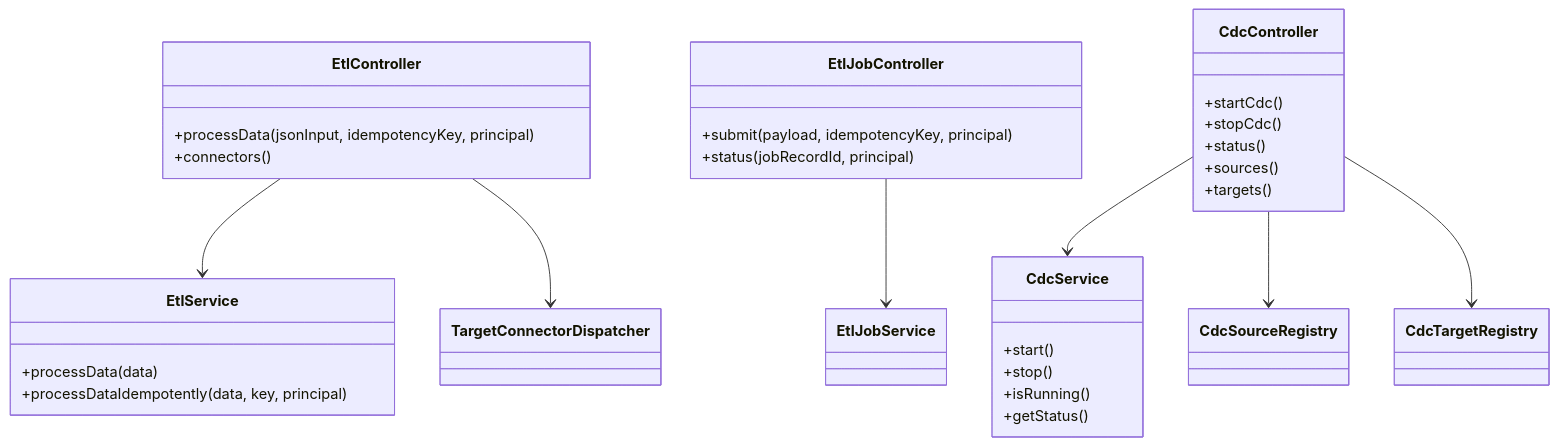
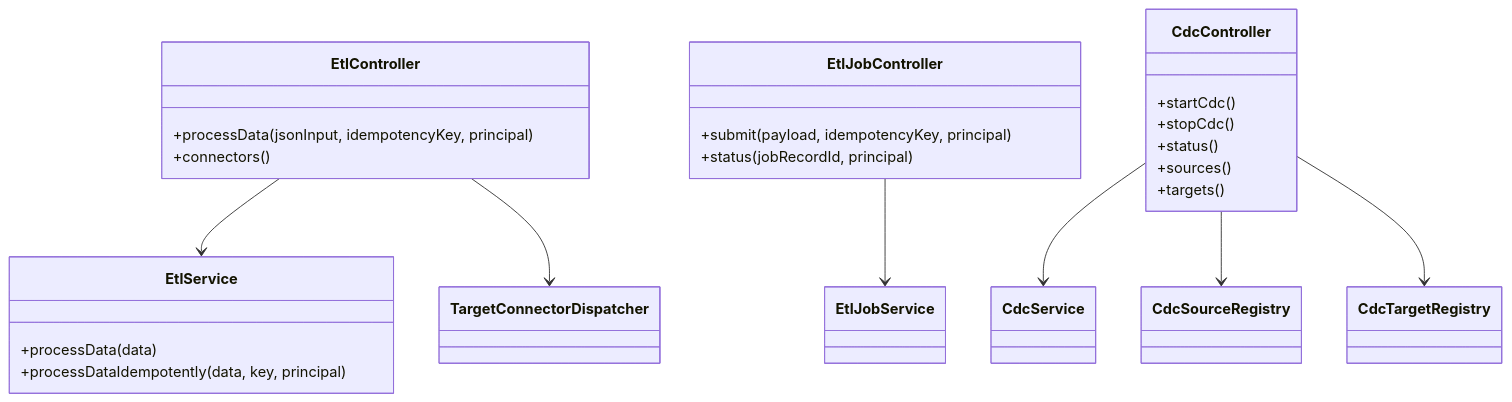
Before and after one commit to ContextualWisdomLab/mightyETL: the first of 16 diagrams in docs/UML.md, drawn with Mermaid. The commit also changed other lines of this file, not shown here.

Commit message:
docs: add identity recovery DLT and release UML

````diff
--- a/docs/UML.md
+++ b/docs/UML.md
@@ -11,39 +11,34 @@
 ```mermaid
 classDiagram
     class EtlController {
       +processData(jsonInput, idempotencyKey, principal)
       +connectors()
     }
     class EtlService {
       +processData(data)
       +processDataIdempotently(data, key, principal)
     }
     class EtlJobController {
       +submit(payload, idempotencyKey, principal)
       +status(jobRecordId, principal)
     }
     class EtlJobService
     class TargetConnectorDispatcher
     class CdcController {
       +startCdc()
       +stopCdc()
       +status()
       +sources()
       +targets()
     }
-    class CdcService {
-      +start()
-      +stop()
-      +isRunning()
-      +getStatus()
-    }
+    class CdcService
     class CdcSourceRegistry
     class CdcTargetRegistry
 
     EtlController --> EtlService
     EtlController --> TargetConnectorDispatcher
     EtlJobController --> EtlJobService
     CdcController --> CdcService
     CdcController --> CdcSourceRegistry
     CdcController --> CdcTargetRegistry
 ```
````
